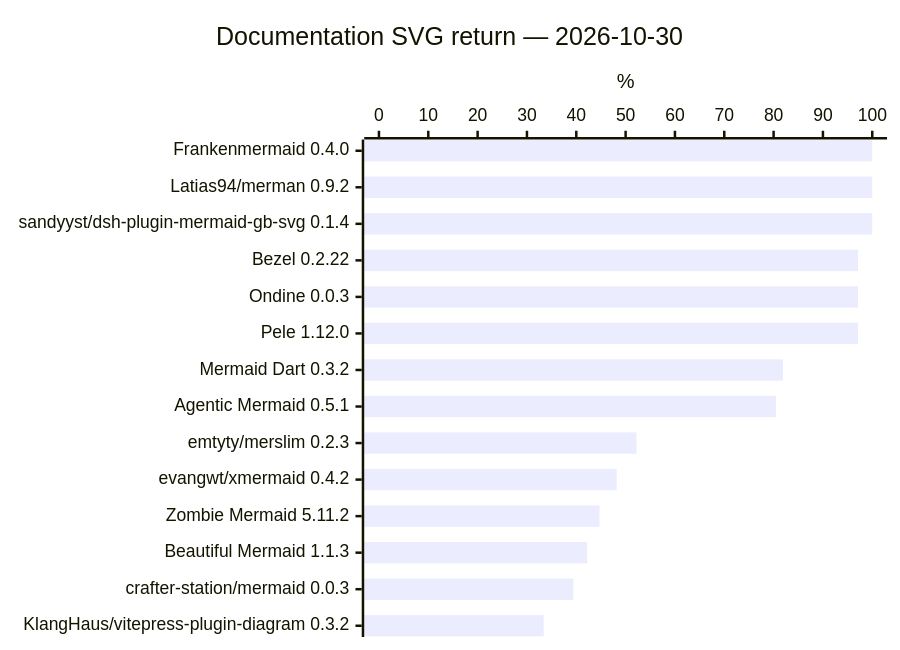
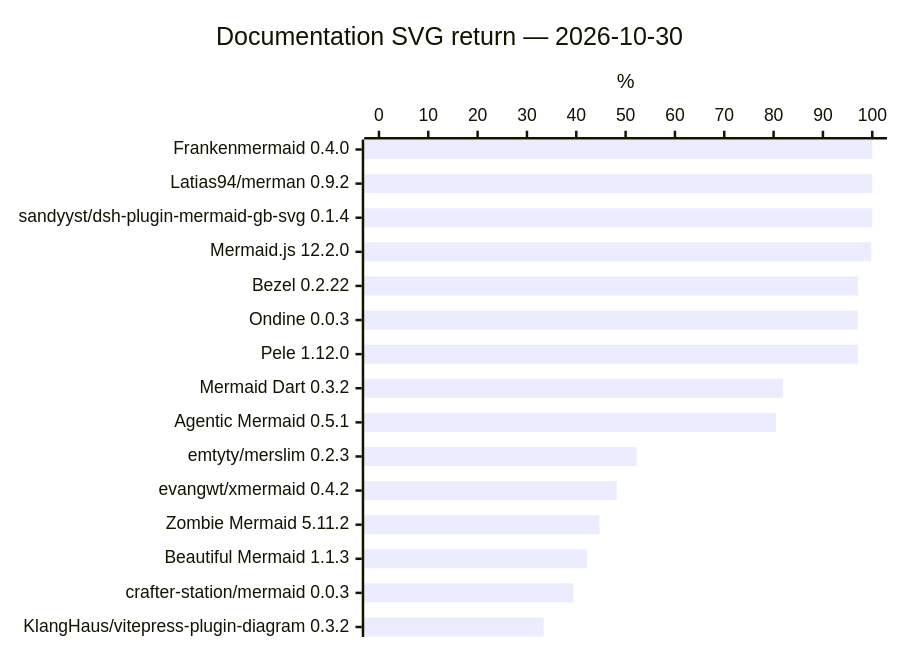
One commit to adewale/trident changed the diagram in RESULTS.md. Above: the diagram before and after it, drawn with Mermaid. The commit also changed other lines of this file and 10 other files, not shown here.

Commit message:
Publish complete Mermaid DaveBench coverage without dropping peer scores (#67)

````diff
--- a/RESULTS.md
+++ b/RESULTS.md
@@ -511,7 +513,7 @@
 ```mermaid
 xychart-beta horizontal
     title "Documentation SVG return — 2026-10-30"
-    x-axis ["Frankenmermaid 0.4.0", "Latias94/merman 0.9.2", "sandyyst/dsh-plugin-mermaid-gb-svg 0.1.4", "Bezel 0.2.22", "Ondine 0.0.3", "Pele 1.12.0", "Mermaid Dart 0.3.2", "Agentic Mermaid 0.5.1", "emtyty/merslim 0.2.3", "evangwt/xmermaid 0.4.2", "Zombie Mermaid 5.11.2", "Beautiful Mermaid 1.1.3", "crafter-station/mermaid 0.0.3", "KlangHaus/vitepress-plugin-diagram 0.3.2"]
+    x-axis ["Frankenmermaid 0.4.0", "Latias94/merman 0.9.2", "sandyyst/dsh-plugin-mermaid-gb-svg 0.1.4", "Mermaid.js 12.2.0", "Bezel 0.2.22", "Ondine 0.0.3", "Pele 1.12.0", "Mermaid Dart 0.3.2", "Agentic Mermaid 0.5.1", "emtyty/merslim 0.2.3", "evangwt/xmermaid 0.4.2", "Zombie Mermaid 5.11.2", "Beautiful Mermaid 1.1.3", "crafter-station/mermaid 0.0.3", "KlangHaus/vitepress-plugin-diagram 0.3.2"]
     y-axis "%" 0 --> 100
-    bar [100, 100, 100, 97.1, 97.1, 97.1, 81.9, 80.5, 52.2, 48.2, 44.7, 42.2, 39.4, 33.4]
+    bar [100, 100, 100, 99.8, 97.1, 97.1, 97.1, 81.9, 80.5, 52.2, 48.2, 44.7, 42.2, 39.4, 33.4]
 ```
````
